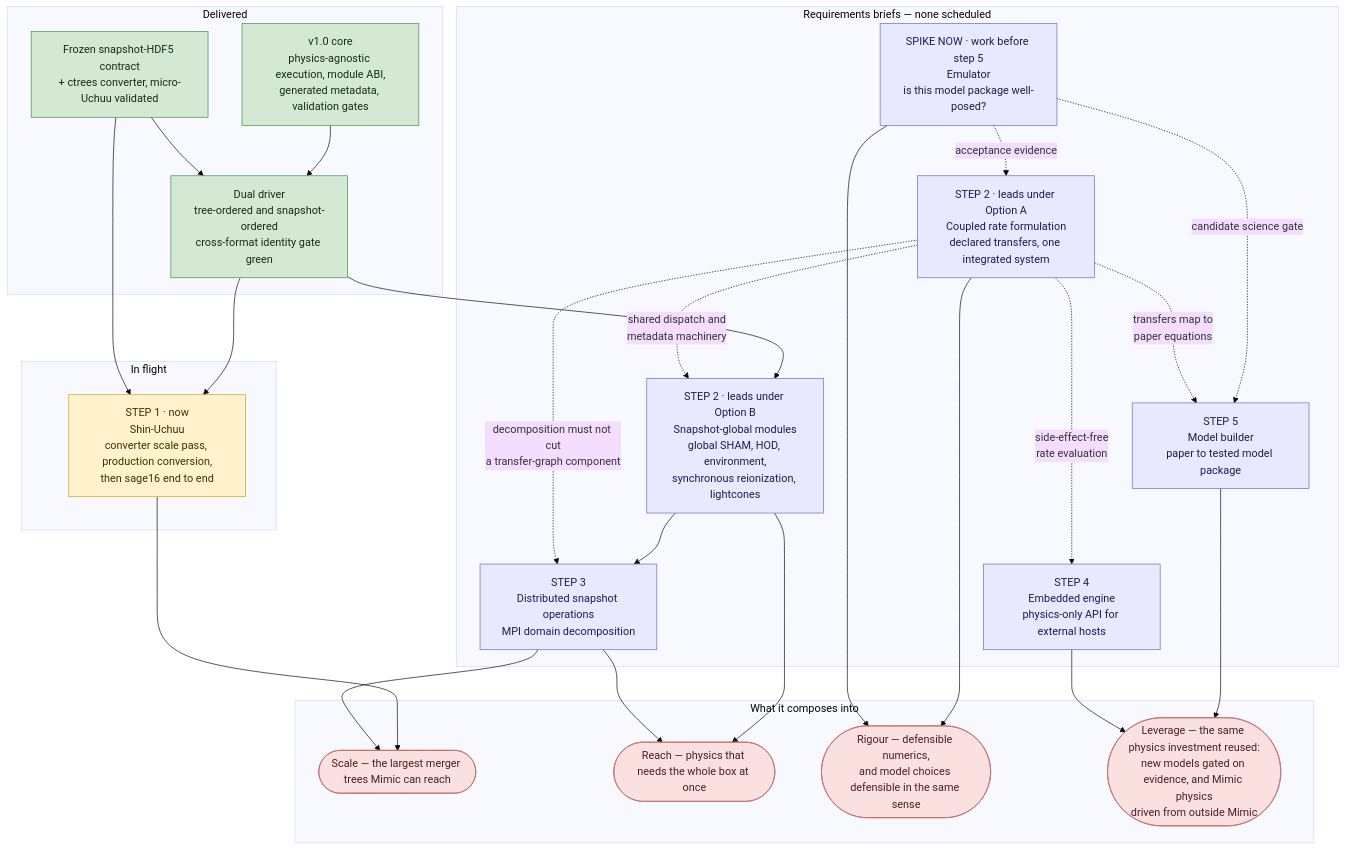
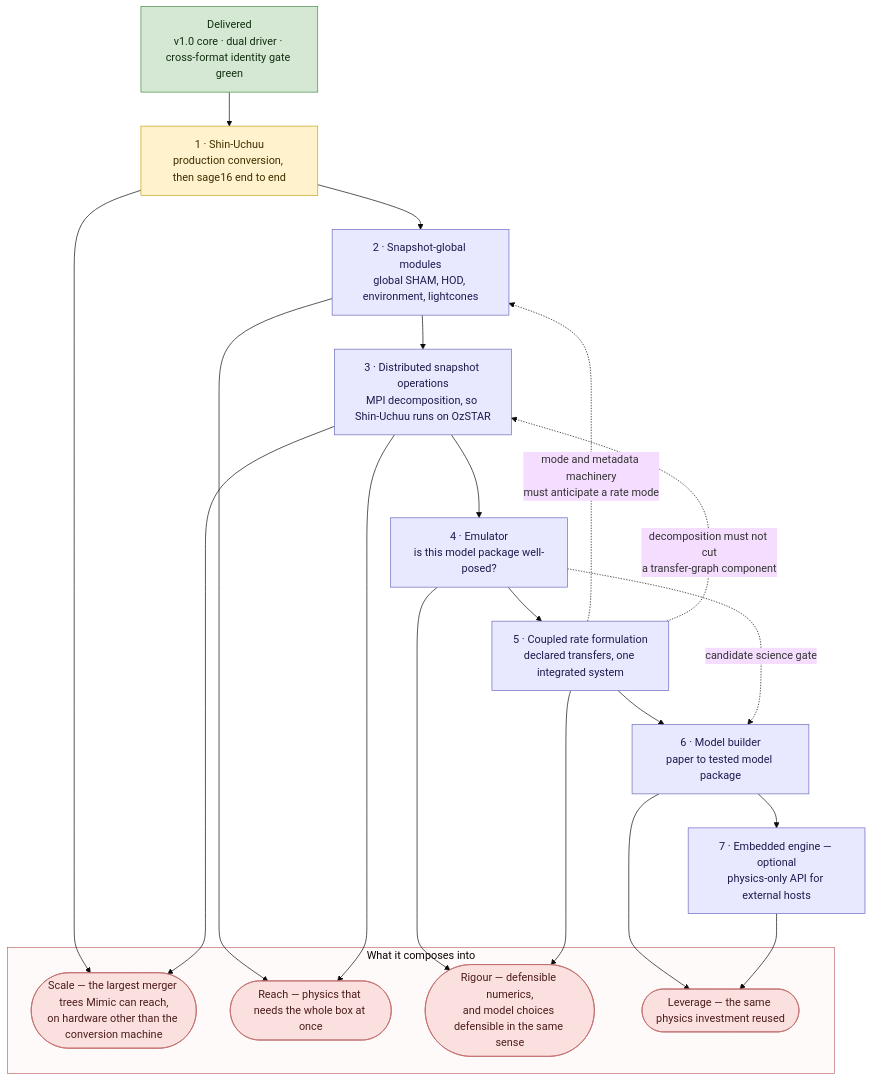
Before and after one commit to darrencroton/mimic: the diagram in docs/dev/MIMIC-DEVELOPMENT-PATHWAY.md, drawn with Mermaid (base theme). The commit also changed other lines of this file and 6 other files, not shown here.

````diff
--- a/docs/dev/MIMIC-DEVELOPMENT-PATHWAY.md
+++ b/docs/dev/MIMIC-DEVELOPMENT-PATHWAY.md
@@ -30,61 +26,45 @@
 ```mermaid
 flowchart TD
-    subgraph DONE["Delivered"]
-        CORE["v1.0 core<br/>physics-agnostic execution, module ABI,<br/>generated metadata, validation gates"]
-        FMT["Frozen snapshot-HDF5 contract<br/>+ ctrees converter, micro-Uchuu validated"]
-        DUAL["Dual driver<br/>tree-ordered and snapshot-ordered<br/>cross-format identity gate green"]
+    DONE["Delivered<br/>v1.0 core · dual driver · cross-format identity gate green"]
+
+    S1["1 · Shin-Uchuu<br/>production conversion, then sage16 end to end"]
+    S2["2 · Snapshot-global modules<br/>global SHAM, HOD, environment, lightcones"]
+    S3["3 · Distributed snapshot operations<br/>MPI decomposition, so Shin-Uchuu runs on OzSTAR"]
+    S4["4 · Emulator<br/>is this model package well-posed?"]
+    S5["5 · Coupled rate formulation<br/>declared transfers, one integrated system"]
+    S6["6 · Model builder<br/>paper to tested model package"]
+    S7["7 · Embedded engine — optional<br/>physics-only API for external hosts"]
+
+    subgraph VALUE["What it composes into"]
+        VSCALE(["Scale — the largest merger trees Mimic can reach,<br/>on hardware other than the conversion machine"])
+        VREACH(["Reach — physics that needs the whole box at once"])
+        VRIGOUR(["Rigour — defensible numerics,<br/>and model choices defensible in the same sense"])
+        VLEVER(["Leverage — the same physics investment reused"])
     end
 
-    subgraph FLIGHT["In flight"]
-        SHIN["STEP 1 · now<br/>Shin-Uchuu<br/>converter scale pass, production conversion,<br/>then sage16 end to end"]
-    end
+    DONE --> S1 --> S2 --> S3 --> S4 --> S5 --> S6 --> S7
 
-    subgraph BRIEFS["Requirements briefs — none scheduled"]
-        RATE["STEP 2 · leads under Option A<br/>Coupled rate formulation<br/>declared transfers, one integrated system"]
-        GLOBAL["STEP 2 · leads under Option B<br/>Snapshot-global modules<br/>global SHAM, HOD, environment,<br/>synchronous reionization, lightcones"]
-        DIST["STEP 3<br/>Distributed snapshot operations<br/>MPI domain decomposition"]
-        ENGINE["STEP 4<br/>Embedded engine<br/>physics-only API for external hosts"]
-        BUILDER["STEP 5<br/>Model builder<br/>paper to tested model package"]
-        EMU["SPIKE NOW · work before step 5<br/>Emulator<br/>is this model package well-posed?"]
-    end
+    S5 -.->|mode and metadata machinery<br/>must anticipate a rate mode| S2
+    S5 -.->|decomposition must not cut<br/>a transfer-graph component| S3
+    S4 -.->|candidate science gate| S6
 
-    subgraph VALUE["What it composes into"]
-        VSCALE(["Scale — the largest merger trees Mimic can reach"])
-        VREACH(["Reach — physics that needs the whole box at once"])
-        VRIGOUR(["Rigour — defensible numerics,<br/>and model choices defensible in the same sense"])
-        VLEVER(["Leverage — the same physics investment reused:<br/>new models gated on evidence, and Mimic physics<br/>driven from outside Mimic"])
-    end
-
-    CORE --> DUAL
-    FMT --> DUAL
-    DUAL --> SHIN
-    FMT --> SHIN
-    DUAL --> GLOBAL
-    GLOBAL --> DIST
-
-    EMU -.->|candidate science gate| BUILDER
-    RATE -.->|shared dispatch and<br/>metadata machinery| GLOBAL
-    RATE -.->|side-effect-free<br/>rate evaluation| ENGINE
-    RATE -.->|transfers map to<br/>paper equations| BUILDER
-    RATE -.->|decomposition must not cut<br/>a transfer-graph component| DIST
-    EMU -.->|acceptance evidence| RATE
-
-    SHIN --> VSCALE
-    DIST --> VSCALE
-    GLOBAL --> VREACH
-    DIST --> VREACH
-    RATE --> VRIGOUR
-    EMU --> VRIGOUR
-    BUILDER --> VLEVER
-    ENGINE --> VLEVER
+    S1 --> VSCALE
+    S3 --> VSCALE
+    S2 --> VREACH
+    S3 --> VREACH
+    S4 --> VRIGOUR
+    S5 --> VRIGOUR
+    S6 --> VLEVER
+    S7 --> VLEVER
 
     classDef done fill:#d5e8d4,stroke:#478c47,color:#12300f
+    classDef step fill:#e8e8ff,stroke:#6a6ac0,color:#1c1c4d
     classDef flight fill:#fff2cc,stroke:#c8a415,color:#3d3000
-    classDef brief fill:#e8e8ff,stroke:#6a6ac0,color:#1c1c4d
     classDef value fill:#fbe0e0,stroke:#c06a6a,color:#4d1c1c
+    class DONE done
+    class S1 flight
+    class S2,S3,S4,S5,S6,S7 step
+    class VSCALE,VREACH,VRIGOUR,VLEVER value
 
-    class CORE,FMT,DUAL done
-    class SHIN flight
-    class GLOBAL,DIST,RATE,EMU,ENGINE,BUILDER brief
-    class VSCALE,VREACH,VRIGOUR,VLEVER value
+    style VALUE fill:#fffafa,stroke:#c06a6a
 ```
````
